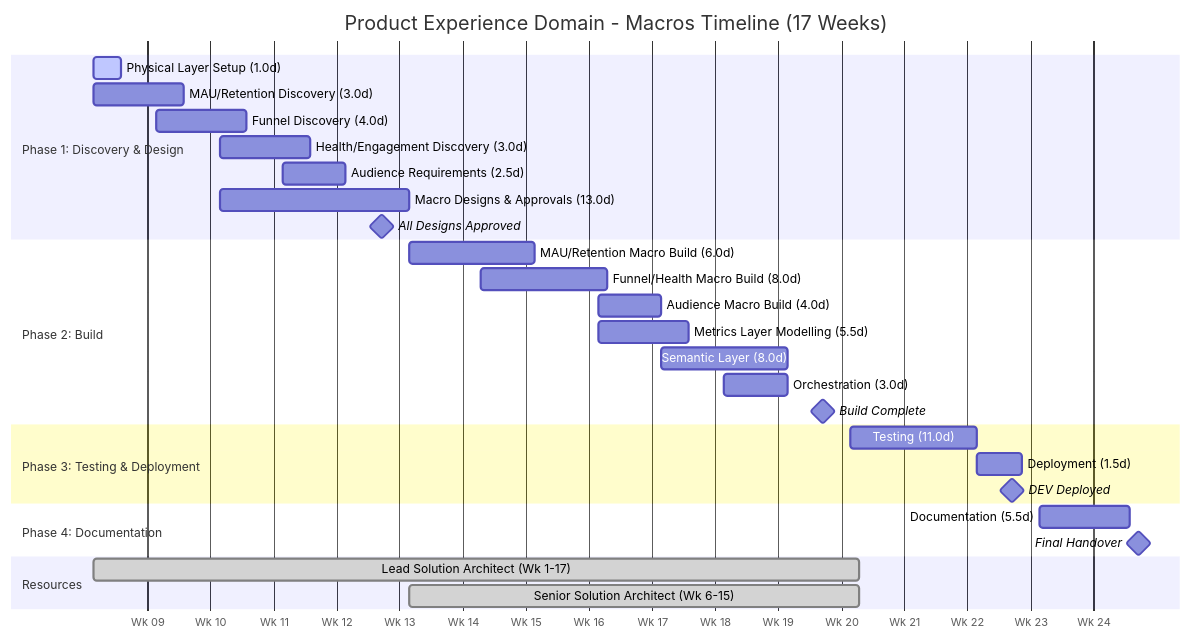
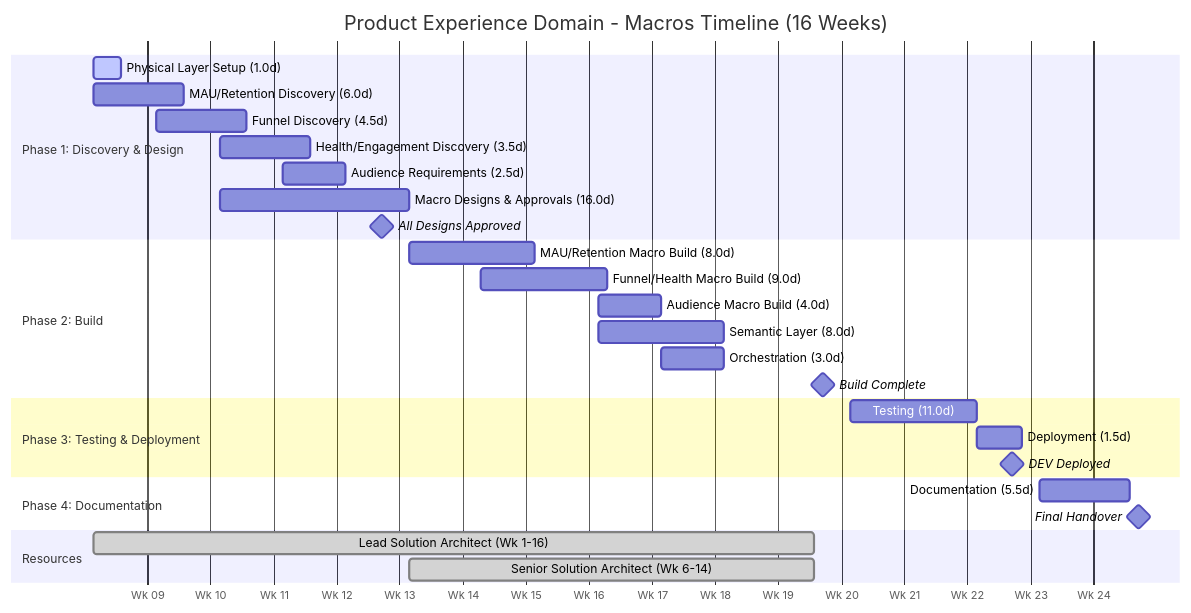
The first of 2 diagrams in 4-DataPipelinePrioritisation/Product Exp - Macros/ProductExperience_Macros_Scope_of_Work_INTERNAL.md (sfc-gh-mhindi/REPO_CANVA), drawn with Mermaid before and after one commit. The commit also changed other lines of this file and 7 other files, not shown here.

First line of the commit message:
Add Monetisation Domain - Subscriptions SOW and update Macros SOW

````diff
--- a/4-DataPipelinePrioritisation/Product Exp - Macros/ProductExperience_Macros_Scope_of_Work_INTERNAL.md
+++ b/4-DataPipelinePrioritisation/Product Exp - Macros/ProductExperience_Macros_Scope_of_Work_INTERNAL.md
@@ -591,38 +573,37 @@
 ```mermaid
 gantt
-    title Product Experience Domain - Macros Timeline (17 Weeks)
+    title Product Experience Domain - Macros Timeline (16 Weeks)
     dateFormat  YYYY-MM-DD
     axisFormat  Wk %W
     tickInterval 1week
     
     section Phase 1: Discovery & Design
     Physical Layer Setup (1.0d)           :active, p1a, 2026-03-02, 3d
-    MAU/Retention Discovery (3.0d)        :p1b, 2026-03-02, 10d
-    Funnel Discovery (4.0d)               :p1c, 2026-03-09, 10d
-    Health/Engagement Discovery (3.0d)    :p1d, 2026-03-16, 10d
+    MAU/Retention Discovery (6.0d)        :p1b, 2026-03-02, 10d
+    Funnel Discovery (4.5d)               :p1c, 2026-03-09, 10d
+    Health/Engagement Discovery (3.5d)    :p1d, 2026-03-16, 10d
     Audience Requirements (2.5d)          :p1e, 2026-03-23, 7d
-    Macro Designs & Approvals (13.0d)     :p1f, 2026-03-16, 21d
+    Macro Designs & Approvals (16.0d)     :p1f, 2026-03-16, 21d
     All Designs Approved                  :milestone, m1, 2026-04-03, 0d
     
     section Phase 2: Build
-    MAU/Retention Macro Build (6.0d)      :p2a, 2026-04-06, 14d
-    Funnel/Health Macro Build (8.0d)      :p2b, 2026-04-14, 14d
+    MAU/Retention Macro Build (8.0d)      :p2a, 2026-04-06, 14d
+    Funnel/Health Macro Build (9.0d)      :p2b, 2026-04-14, 14d
     Audience Macro Build (4.0d)           :p2c, 2026-04-27, 7d
-    Metrics Layer Modelling (5.5d)        :p2d, 2026-04-27, 10d
-    Semantic Layer (8.0d)                 :p2e, 2026-05-04, 14d
-    Orchestration (3.0d)                  :p2f, 2026-05-11, 7d
+    Semantic Layer (8.0d)                 :p2d, 2026-04-27, 14d
+    Orchestration (3.0d)                  :p2e, 2026-05-04, 7d
     Build Complete                        :milestone, m2, 2026-05-22, 0d
     
     section Phase 3: Testing & Deployment
     Testing (11.0d)                       :p3a, 2026-05-25, 14d
     Deployment (1.5d)                     :p3b, 2026-06-08, 5d
     DEV Deployed                          :milestone, m3, 2026-06-12, 0d
     
     section Phase 4: Documentation
     Documentation (5.5d)                  :p4a, 2026-06-15, 10d
     Final Handover                        :milestone, m4, 2026-06-26, 0d
     
     section Resources
-    Lead Solution Architect (Wk 1-17)     :done, res1, 2026-03-02, 85d
-    Senior Solution Architect (Wk 6-15)   :done, res2, 2026-04-06, 50d
+    Lead Solution Architect (Wk 1-16)     :done, res1, 2026-03-02, 80d
+    Senior Solution Architect (Wk 6-14)   :done, res2, 2026-04-06, 45d
 ```
````
